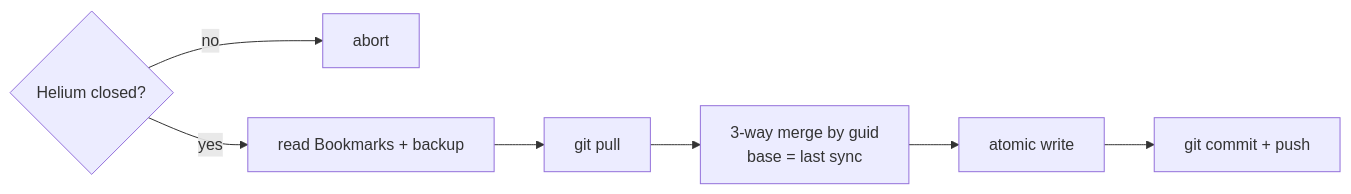
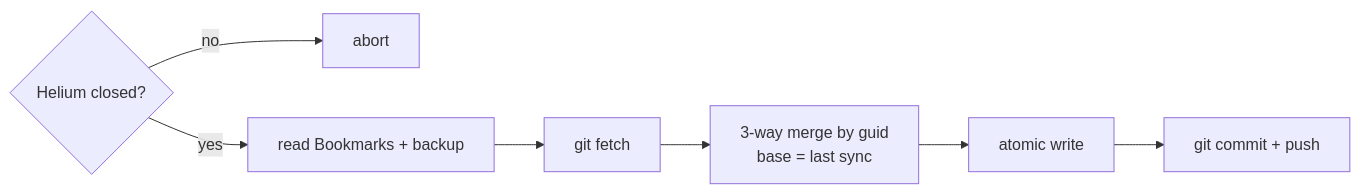
One commit to etaMS20/go-helium-sync changed the diagram in README.md. Above: the diagram before and after it, drawn with Mermaid. The commit also changed other lines of this file and 4 other files, not shown here.

````diff
--- a/README.md
+++ b/README.md
@@ -7,9 +7,9 @@
 ```mermaid
     flowchart LR
         A{Helium closed?} -->|no| X[abort]
         A -->|yes| B[read Bookmarks + backup]
-        B --> C[git pull]
+        B --> C[git fetch]
         C --> D[3-way merge by guid<br/>base = last sync]
         D --> E[atomic write]
         E --> F[git commit + push]
 ```
````
